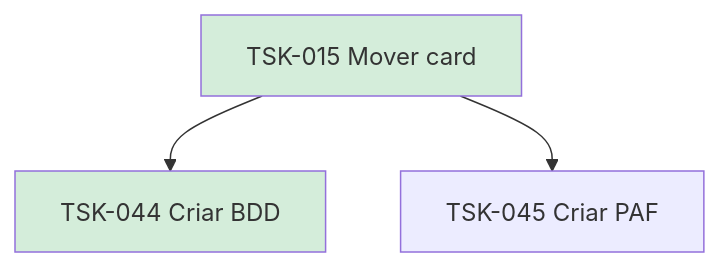
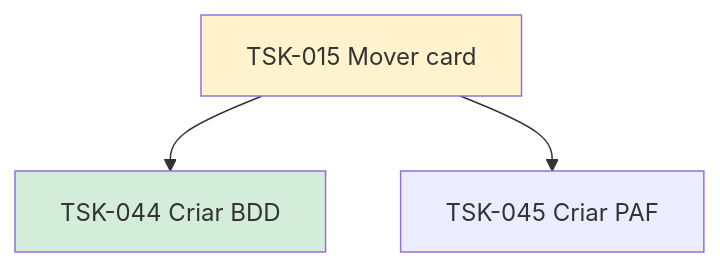
One commit to laerciogermano/workstation changed the diagram in flow/tasks/TSK-001-criar-epico/TSK-002-criar-as-historias/TSK-004-board/TSK-015-mover-card/README.md. Above: the diagram before and after it, drawn with Mermaid. The commit also changed other lines of this file and 53 other files, not shown here.

````diff
--- a/flow/tasks/TSK-001-criar-epico/TSK-002-criar-as-historias/TSK-004-board/TSK-015-mover-card/README.md
+++ b/flow/tasks/TSK-001-criar-epico/TSK-002-criar-as-historias/TSK-004-board/TSK-015-mover-card/README.md
@@ -12,10 +12,10 @@
 ```mermaid
 flowchart TD
   T015[TSK-015 Mover card]
   T044[TSK-044 Criar BDD]
   T045[TSK-045 Criar PAF]
   T015 --> T044
   T015 --> T045
-  style T015 fill:#d4edda
+  style T015 fill:#fff3cd
   style T044 fill:#d4edda
 ```
````
